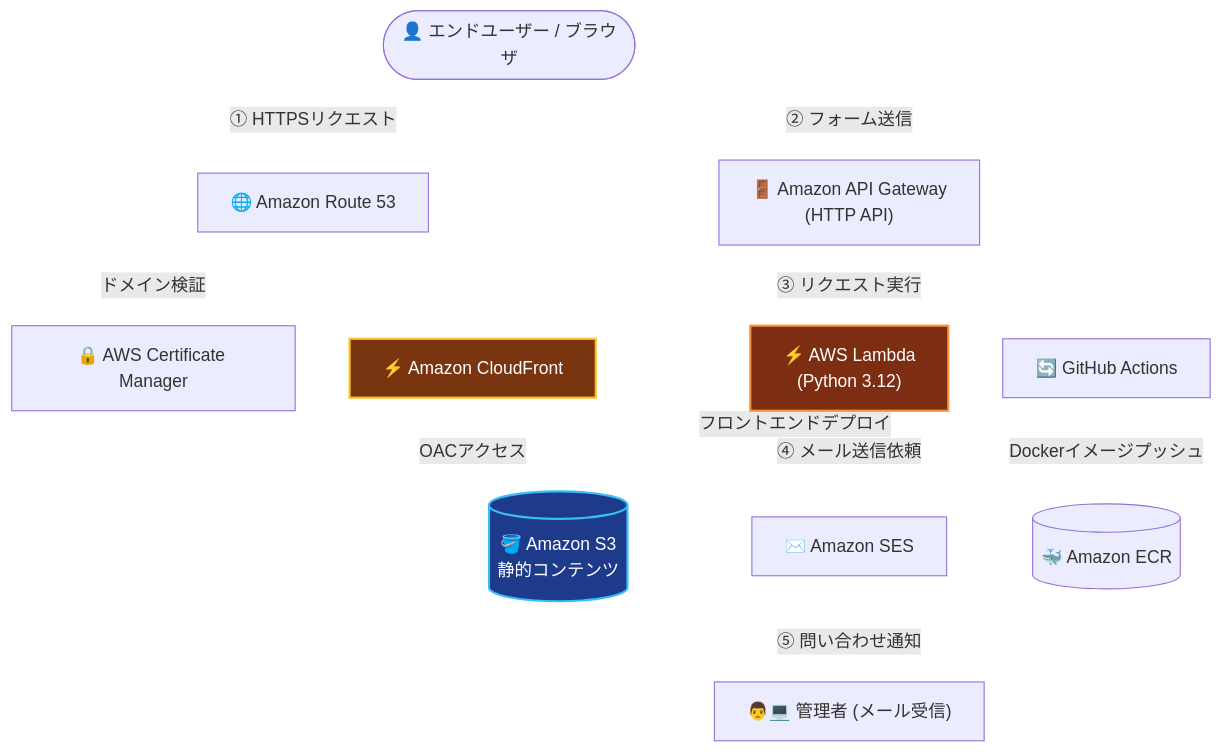
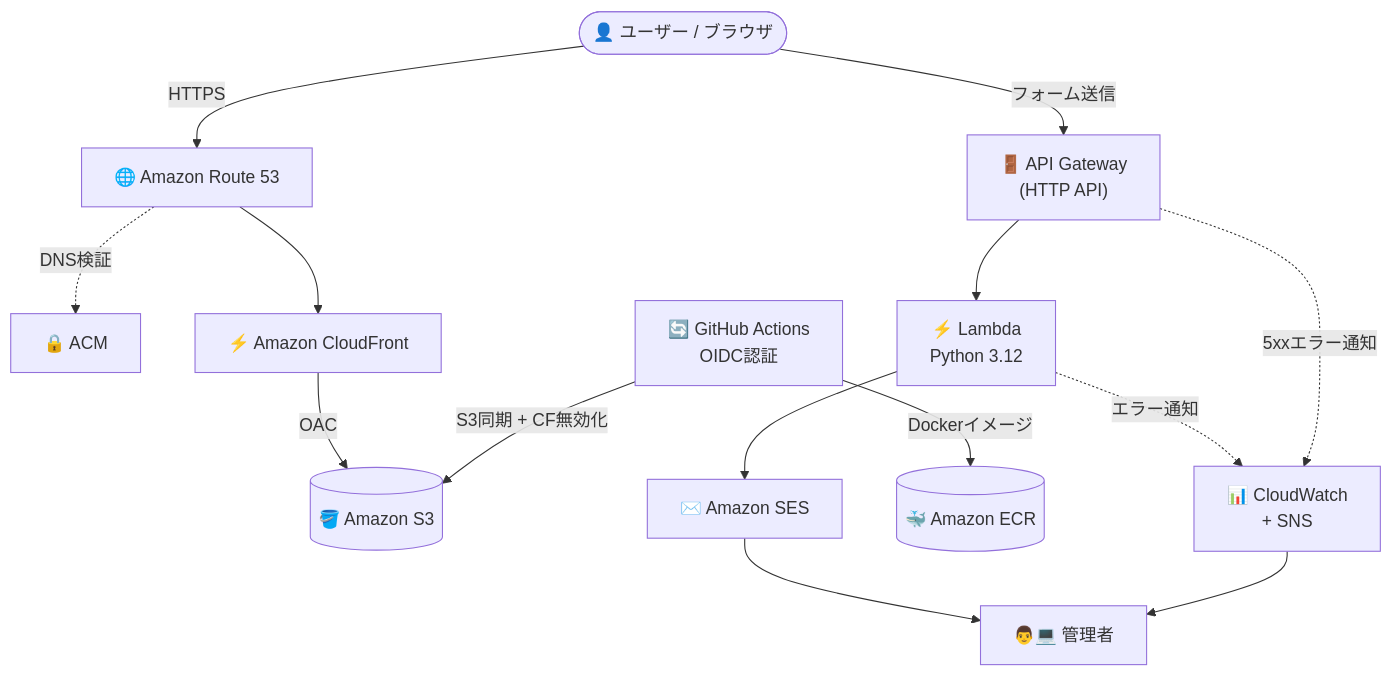
One commit to makotonic999/aws-serverless-corporate-site changed the diagram in README.md. Above: the diagram before and after it, drawn with Mermaid. The commit also changed other lines of this file, not shown here.

````diff
--- a/README.md
+++ b/README.md
@@ -30,33 +34,29 @@
 ```mermaid
 flowchart TD
-    User(["👤 エンドユーザー / ブラウザ"])
+    User(["👤 ユーザー / ブラウザ"])
     Route53["🌐 Amazon Route 53"]
-    ACM["🔒 AWS Certificate Manager"]
+    ACM["🔒 ACM"]
     CloudFront["⚡ Amazon CloudFront"]
-    S3[("🪣 Amazon S3\n静的コンテンツ")]
-    APIGW["🚪 Amazon API Gateway\n(HTTP API)"]
-    Lambda["⚡ AWS Lambda\n(Python 3.12)"]
+    S3[("🪣 Amazon S3")]
+    APIGW["🚪 API Gateway\n(HTTP API)"]
+    Lambda["⚡ Lambda\nPython 3.12"]
     SES["✉️ Amazon SES"]
-    Admin["👨💻 管理者 (メール受信)"]
+    Admin["👨💻 管理者"]
     ECR[("🐳 Amazon ECR")]
-    GHA["🔄 GitHub Actions"]
+    GHA["🔄 GitHub Actions\nOIDC認証"]
+    CW["📊 CloudWatch\n+ SNS"]
 
-    User -->|① HTTPSリクエスト| Route53
-    Route53 -.->|ドメイン検証| ACM
+    User -->|HTTPS| Route53
+    Route53 -.->|DNS検証| ACM
     Route53 --> CloudFront
-    CloudFront -->|OACアクセス| S3
-
-    User -->|② フォーム送信| APIGW
-    APIGW -->|③ リクエスト実行| Lambda
-    Lambda -->|④ メール送信依頼| SES
-    SES -->|⑤ 問い合わせ通知| Admin
-
-    GHA -->|フロントエンドデプロイ| S3
-    GHA -->|Dockerイメージプッシュ| ECR
-
-    linkStyle default stroke:#fff,stroke-width:2px;
-
-    style S3 fill:#1E3A8A,stroke:#38BDF8,stroke-width:2px,color:#fff
-    style CloudFront fill:#78350F,stroke:#FBBF24,stroke-width:2px,color:#fff
-    style Lambda fill:#7C2D12,stroke:#FB923C,stroke-width:2px,color:#fff
+    CloudFront -->|OAC| S3
+    User -->|フォーム送信| APIGW
+    APIGW --> Lambda
+    Lambda --> SES
+    SES --> Admin
+    Lambda -.->|エラー通知| CW
+    APIGW -.->|5xxエラー通知| CW
+    CW --> Admin
+    GHA -->|S3同期 + CF無効化| S3
+    GHA -->|Dockerイメージ| ECR
 ```
````
